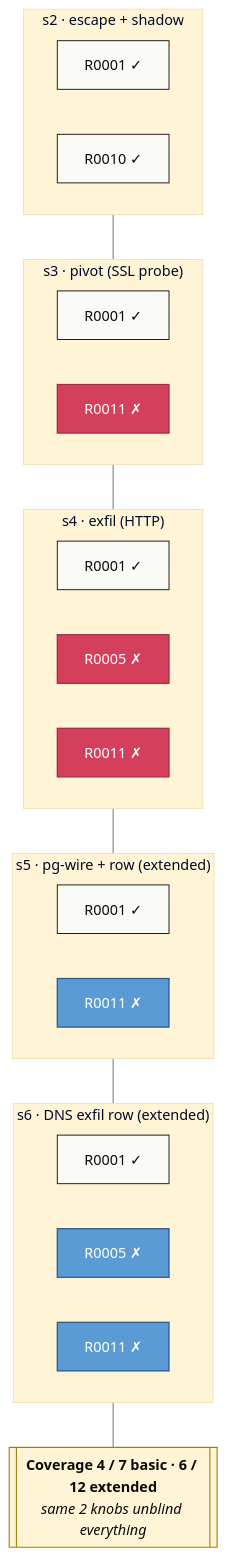
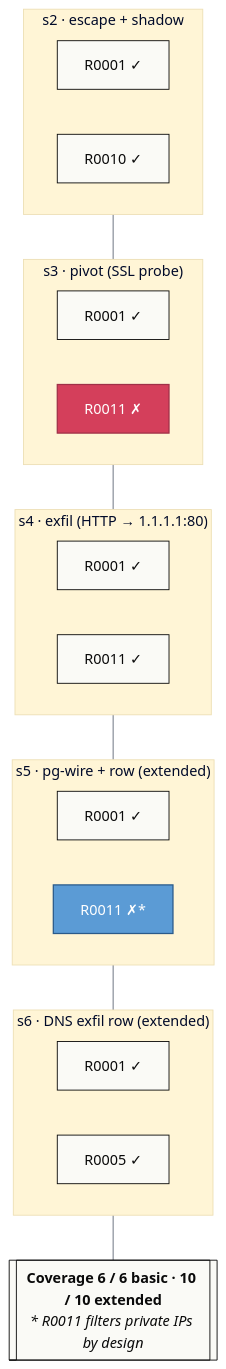
Before and after one commit to k8sstormcenter/bob: the ninth of 10 diagrams in example/chain/diagrams.md, drawn with Mermaid. The commit also changed other lines of this file, not shown here.

````diff
--- a/example/chain/diagrams.md
+++ b/example/chain/diagrams.md
@@ -372,46 +370,44 @@
 ```mermaid
 %%{init: {"theme":"base","themeVariables":{"primaryColor":"#C3A50D","primaryTextColor":"#0a0a0a","primaryBorderColor":"#9a8208","lineColor":"#0a0a0a","secondaryColor":"#D43F5B","tertiaryColor":"#fff5d6"}}}%%
 flowchart TB
   classDef warn fill:#D43F5B,stroke:#a03048,color:#fff,stroke-width:1.4px
   classDef ok   fill:#fafaf6,stroke:#0a0a0a,color:#0a0a0a,stroke-width:1px
   classDef cmp  fill:#fff5d6,stroke:#9a8208,color:#0a0a0a,stroke-width:1.2px
   classDef ext  fill:#5b9bd5,stroke:#2a5a8a,color:#fff,stroke-width:1.4px
 
   subgraph row_s2 [" s2 · escape + shadow "]
     direction LR
     s2_r0001["R0001 ✓"]:::ok
     s2_r0010["R0010 ✓"]:::ok
   end
 
   subgraph row_s3 [" s3 · pivot (SSL probe) "]
     direction LR
     s3_r0001["R0001 ✓"]:::ok
     s3_r0011["R0011 ✗"]:::warn
   end
 
-  subgraph row_s4 [" s4 · exfil (HTTP) "]
+  subgraph row_s4 [" s4 · exfil (HTTP → 1.1.1.1:80) "]
     direction LR
     s4_r0001["R0001 ✓"]:::ok
-    s4_r0005["R0005 ✗"]:::warn
-    s4_r0011["R0011 ✗"]:::warn
+    s4_r0011["R0011 ✓"]:::ok
   end
 
   subgraph row_s5 [" s5 · pg-wire + row (extended) "]
     direction LR
     s5_r0001["R0001 ✓"]:::ok
-    s5_r0011["R0011 ✗"]:::ext
+    s5_r0011["R0011 ✗*"]:::ext
   end
 
   subgraph row_s6 [" s6 · DNS exfil row (extended) "]
     direction LR
     s6_r0001["R0001 ✓"]:::ok
-    s6_r0005["R0005 ✗"]:::ext
-    s6_r0011["R0011 ✗"]:::ext
+    s6_r0005["R0005 ✓"]:::ok
   end
 
-  total[["<b>Coverage 4 / 7 basic · 6 / 12 extended</b><br/><i>same 2 knobs unblind everything</i>"]]:::cmp
+  total[["<b>Coverage 6 / 6 basic · 10 / 10 extended</b><br/><i>* R0011 filters private IPs by design</i>"]]:::ok
 
   row_s2 ~~~ row_s3 ~~~ row_s4 ~~~ row_s5 ~~~ row_s6 ~~~ total
 
   linkStyle default stroke:#7a808c,stroke-width:1.2px
 ```
````
